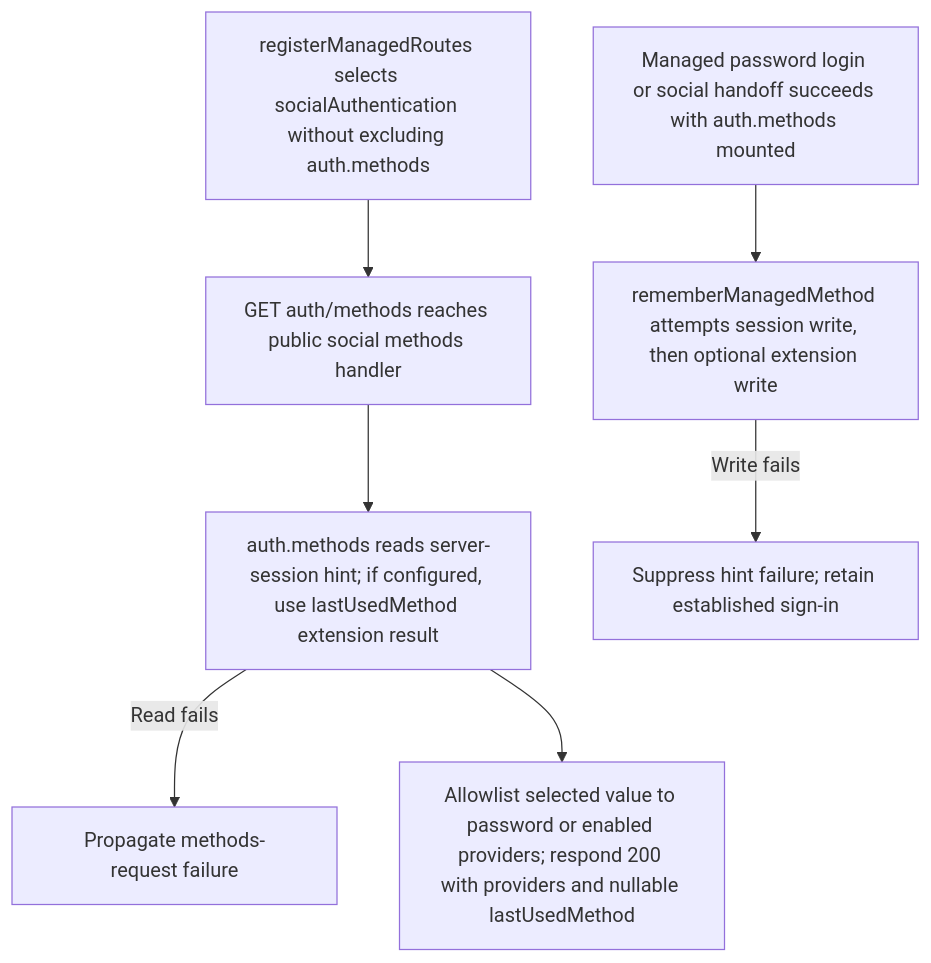
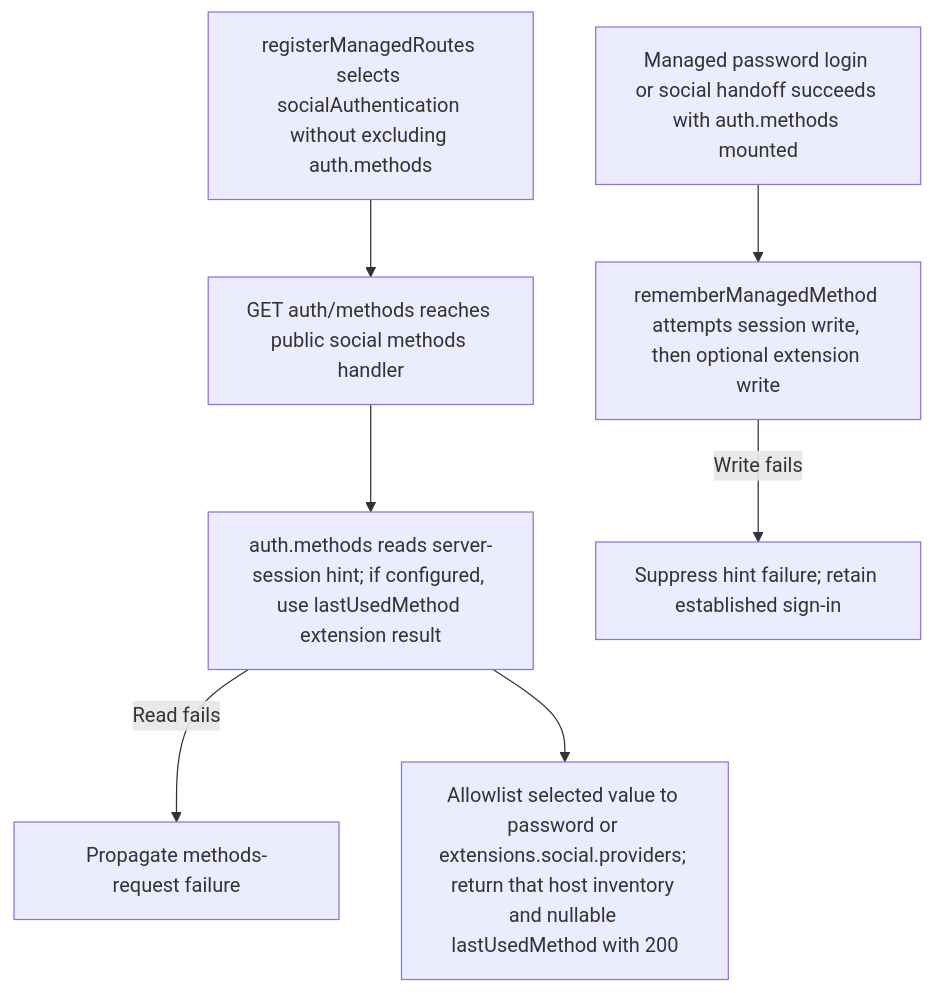
One commit to Kevinjohn/oss-adonisjs-account-kit changed the second of 2 diagrams in user-stories/US-ACCOUNT-59-discover-authentication-methods.md. Above: the diagram before and after it, drawn with Mermaid. The commit also changed other lines of this file and 3 other files, not shown here.

Commit message:
Correct source-backed user story flow details

````diff
--- a/user-stories/US-ACCOUNT-59-discover-authentication-methods.md
+++ b/user-stories/US-ACCOUNT-59-discover-authentication-methods.md
@@ -32,9 +32,9 @@
 ```mermaid
 flowchart TD
     A["registerManagedRoutes selects socialAuthentication without excluding auth.methods"] --> B["GET auth/methods reaches public social methods handler"]
     B --> D["auth.methods reads server-session hint; if configured, use lastUsedMethod extension result"]
     D -->|Read fails| X["Propagate methods-request failure"]
-    D --> C["Allowlist selected value to password or enabled providers; respond 200 with providers and nullable lastUsedMethod"]
+    D --> C["Allowlist selected value to password or extensions.social.providers; return that host inventory and nullable lastUsedMethod with 200"]
     P["Managed password login or social handoff succeeds with auth.methods mounted"] --> W["rememberManagedMethod attempts session write, then optional extension write"]
     W -->|Write fails| Y["Suppress hint failure; retain established sign-in"]
 ```
````
